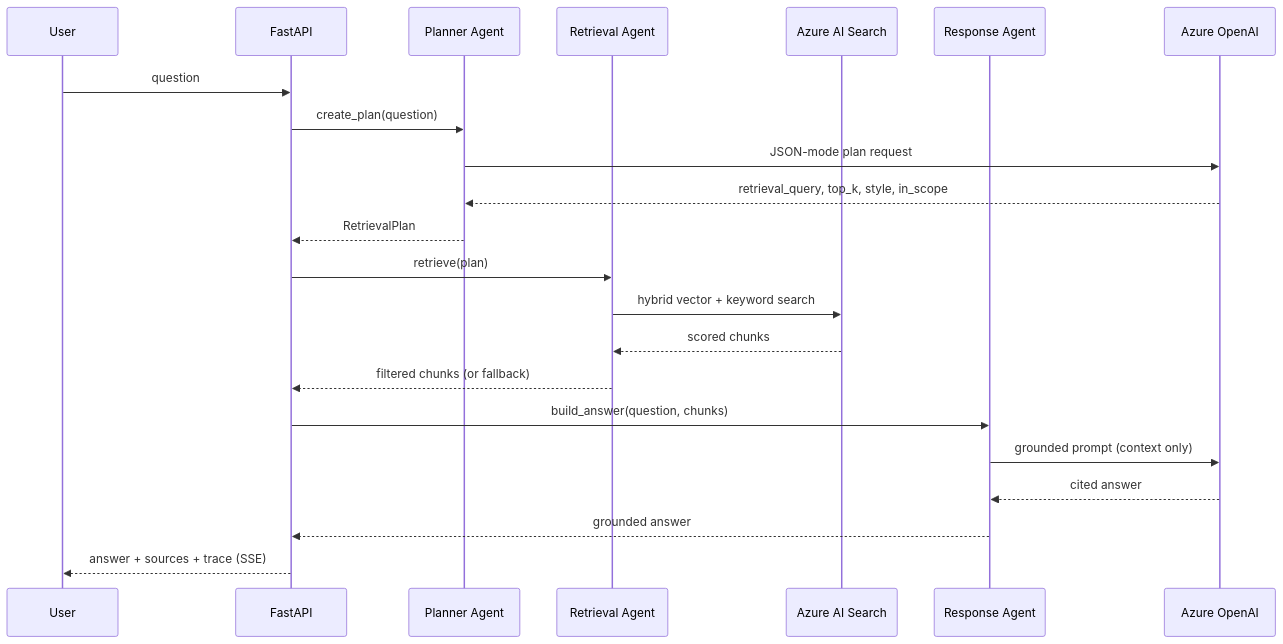
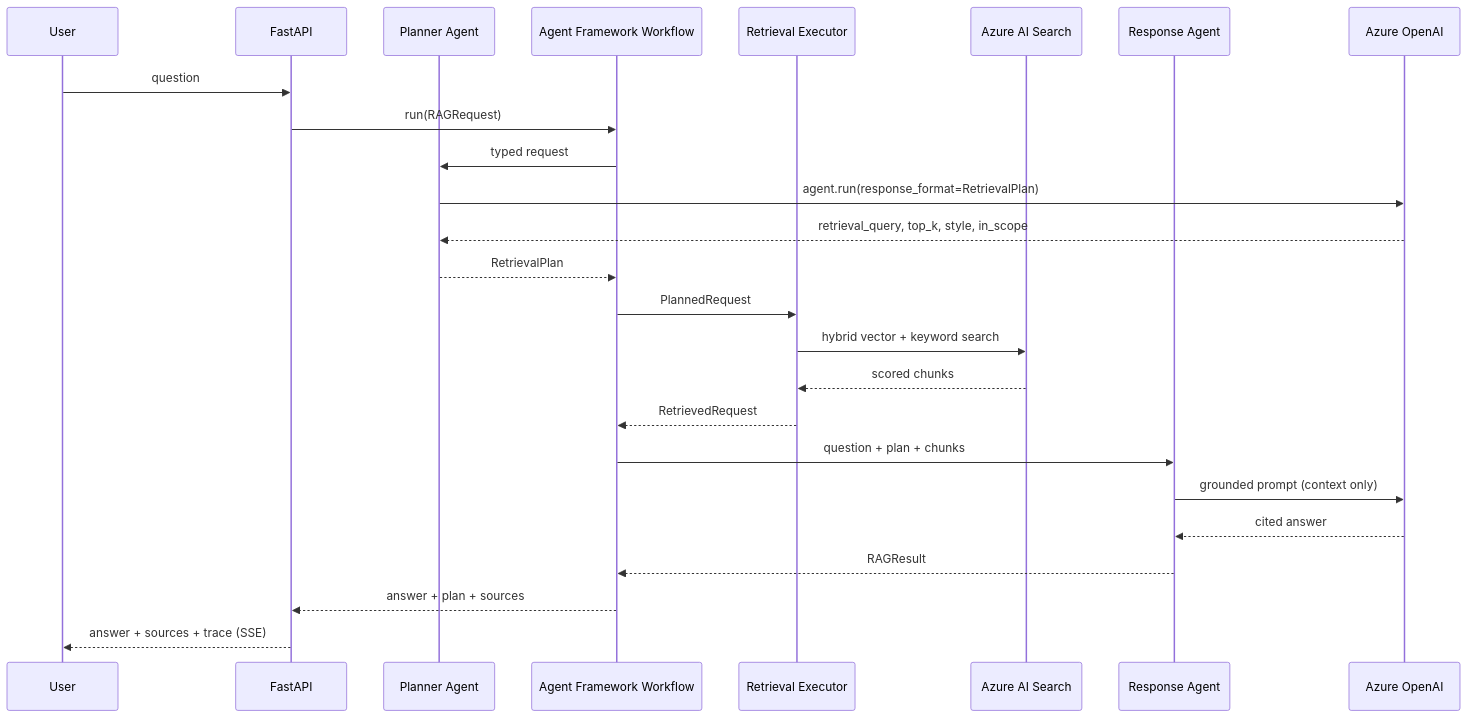
Before and after one commit to benny140/ai_engineer: the second of 2 diagrams in ARCHITECTURE.md, drawn with Mermaid. The commit also changed other lines of this file and 14 other files, not shown here.

````diff
--- a/ARCHITECTURE.md
+++ b/ARCHITECTURE.md
@@ -64,25 +66,28 @@
 ```mermaid
 sequenceDiagram
     participant U as User
     participant API as FastAPI
     participant PL as Planner Agent
-    participant RE as Retrieval Agent
+    participant WF as Agent Framework Workflow
+    participant RE as Retrieval Executor
     participant AIS as Azure AI Search
     participant RS as Response Agent
     participant AO as Azure OpenAI
 
     U->>API: question
-    API->>PL: create_plan(question)
-    PL->>AO: JSON-mode plan request
+    API->>WF: run(RAGRequest)
+    WF->>PL: typed request
+    PL->>AO: agent.run(response_format=RetrievalPlan)
     AO-->>PL: retrieval_query, top_k, style, in_scope
-    PL-->>API: RetrievalPlan
-    API->>RE: retrieve(plan)
+    PL-->>WF: RetrievalPlan
+    WF->>RE: PlannedRequest
     RE->>AIS: hybrid vector + keyword search
     AIS-->>RE: scored chunks
-    RE-->>API: filtered chunks (or fallback)
-    API->>RS: build_answer(question, chunks)
+    RE-->>WF: RetrievedRequest
+    WF->>RS: question + plan + chunks
     RS->>AO: grounded prompt (context only)
     AO-->>RS: cited answer
-    RS-->>API: grounded answer
+    RS-->>WF: RAGResult
+    WF-->>API: answer + plan + sources
     API-->>U: answer + sources + trace (SSE)
 ```
````
